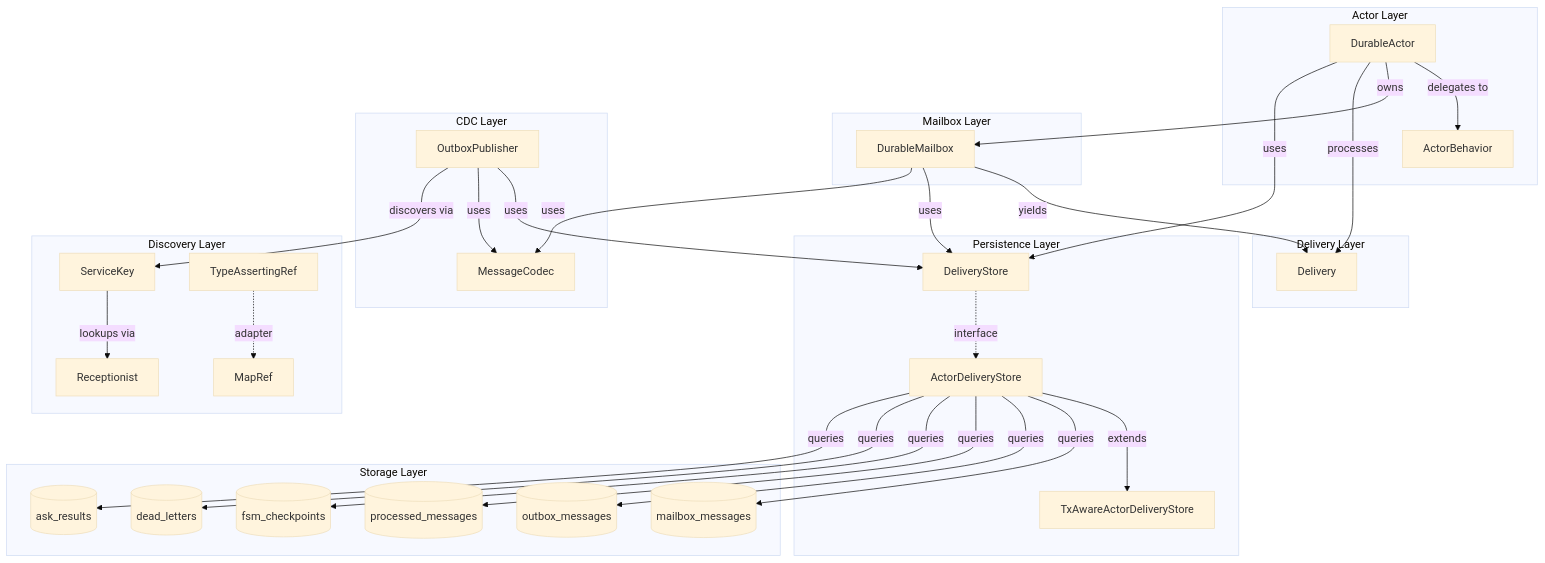
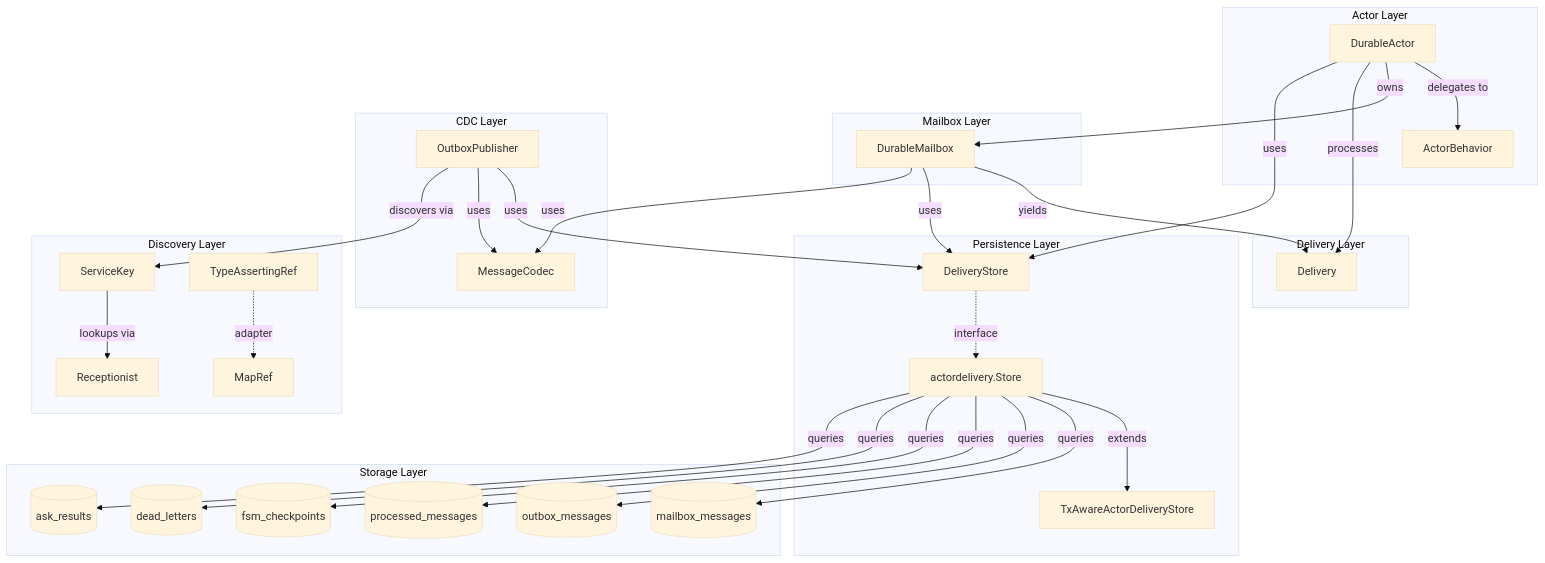
Before and after one commit to lightninglabs/wavelength: the sixth of 18 diagrams in docs/durable_actor_architecture.md, drawn with Mermaid (base theme). The commit also changed other lines of this file and 23 other files, not shown here.

````diff
--- a/docs/durable_actor_architecture.md
+++ b/docs/durable_actor_architecture.md
@@ -300,65 +302,65 @@
 ```mermaid
 flowchart TB
     subgraph "Actor Layer"
         DA[DurableActor]
         AB[ActorBehavior]
         DA -->|delegates to| AB
     end
 
     subgraph "Mailbox Layer"
         DM[DurableMailbox]
         DA -->|owns| DM
     end
 
     subgraph "Delivery Layer"
         DEL[Delivery]
         DM -->|yields| DEL
         DA -->|processes| DEL
     end
 
     subgraph "Persistence Layer"
         DS[DeliveryStore]
-        ADS[ActorDeliveryStore]
+        ADS[actordelivery.Store]
         TADS[TxAwareActorDeliveryStore]
 
         DS -.->|interface| ADS
         ADS -->|extends| TADS
         DM -->|uses| DS
         DA -->|uses| DS
     end
 
     subgraph "CDC Layer"
         OP[OutboxPublisher]
         MC[MessageCodec]
         OP -->|uses| DS
         OP -->|uses| MC
         DM -->|uses| MC
     end
 
     subgraph "Discovery Layer"
         REC[Receptionist]
         SK[ServiceKey]
         TAR[TypeAssertingRef]
         MR[MapRef]
 
         SK -->|lookups via| REC
         OP -->|discovers via| SK
         TAR -.->|adapter| MR
     end
 
     subgraph "Storage Layer"
         MM[(mailbox_messages)]
         OM[(outbox_messages)]
         PM[(processed_messages)]
         CP[(fsm_checkpoints)]
         DL[(dead_letters)]
         AR[(ask_results)]
 
         ADS -->|queries| MM
         ADS -->|queries| OM
         ADS -->|queries| PM
         ADS -->|queries| CP
         ADS -->|queries| DL
         ADS -->|queries| AR
     end
 ```
````
